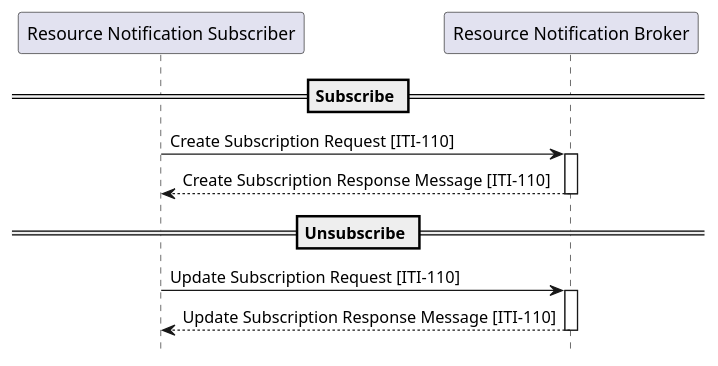
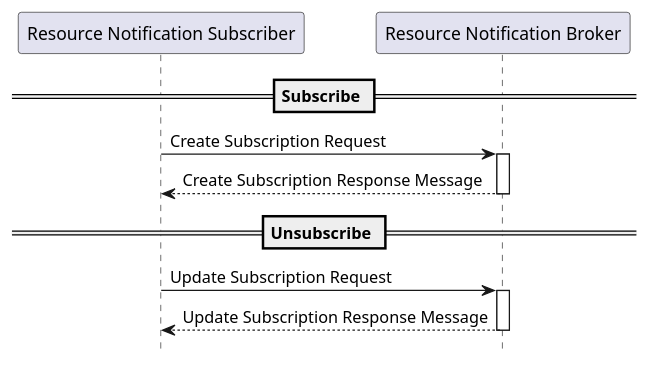
One commit to IHE/ITI.DSUBm changed the diagram in input/images-source/ITI-110-seq.plantuml. Above: the diagram before and after it, drawn with PlantUML. The commit also changed 5 other files, not shown here.

```diff
--- a/input/images-source/ITI-110-seq.plantuml
+++ b/input/images-source/ITI-110-seq.plantuml
@@ -1,31 +1,31 @@
 @startuml
 hide footbox
 participant "Resource Notification Subscriber" as  Subscriber
 participant "Resource Notification Broker" as  Broker
 
 
 == Subscribe ==
-Subscriber -> Broker : Create Subscription Request [ITI-110]
+Subscriber -> Broker : Create Subscription Request 
 activate Broker
 /'
 participant "Resource Notification Recipient" as  Recipient
 opt handskake HTTPS   
   Broker -> Recipient: Handshake Notification
   alt Handshake Success
   Recipient -> Broker: 200 OK 
   else Handshake Failure
   Recipient ->Broker: 404 Not Found
   end
 end
 '/
-Broker --> Subscriber : Create Subscription Response Message [ITI-110]
+Broker --> Subscriber : Create Subscription Response Message 
 deactivate Broker
 
 == Unsubscribe ==
-Subscriber -> Broker: Update Subscription Request [ITI-110]
+Subscriber -> Broker: Update Subscription Request 
 
 activate Broker
-Broker --> Subscriber: Update Subscription Response Message [ITI-110]
+Broker --> Subscriber: Update Subscription Response Message 
 deactivate Broker
 
 @enduml
```
